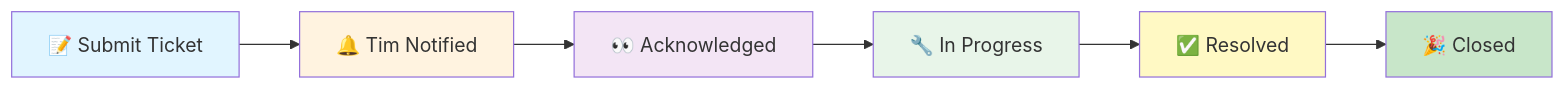
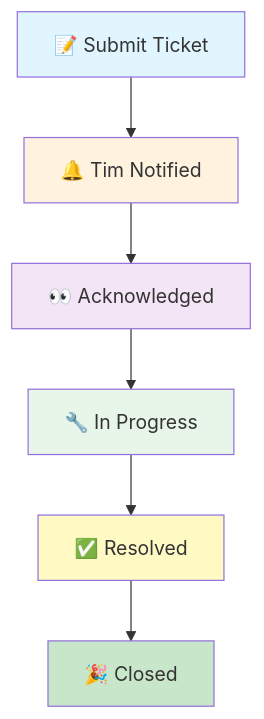
Before and after one commit to deng-group/helpdesk: the diagram in README.md, drawn with Mermaid.

Commit message:
Update ticket submission flow diagram to improve clarity and flow

````diff
--- a/README.md
+++ b/README.md
@@ -29,15 +29,15 @@
 ```mermaid
-graph LR
+graph TD
     A[📝 Submit Ticket] --> B[🔔 Tim Notified]
     B --> C[👀 Acknowledged]
     C --> D[🔧 In Progress]
     D --> E[✅ Resolved]
     E --> F[🎉 Closed]
 
     style A fill:#e1f5ff
     style B fill:#fff3e0
     style C fill:#f3e5f5
     style D fill:#e8f5e9
     style E fill:#fff9c4
     style F fill:#c8e6c9
 ```
````
